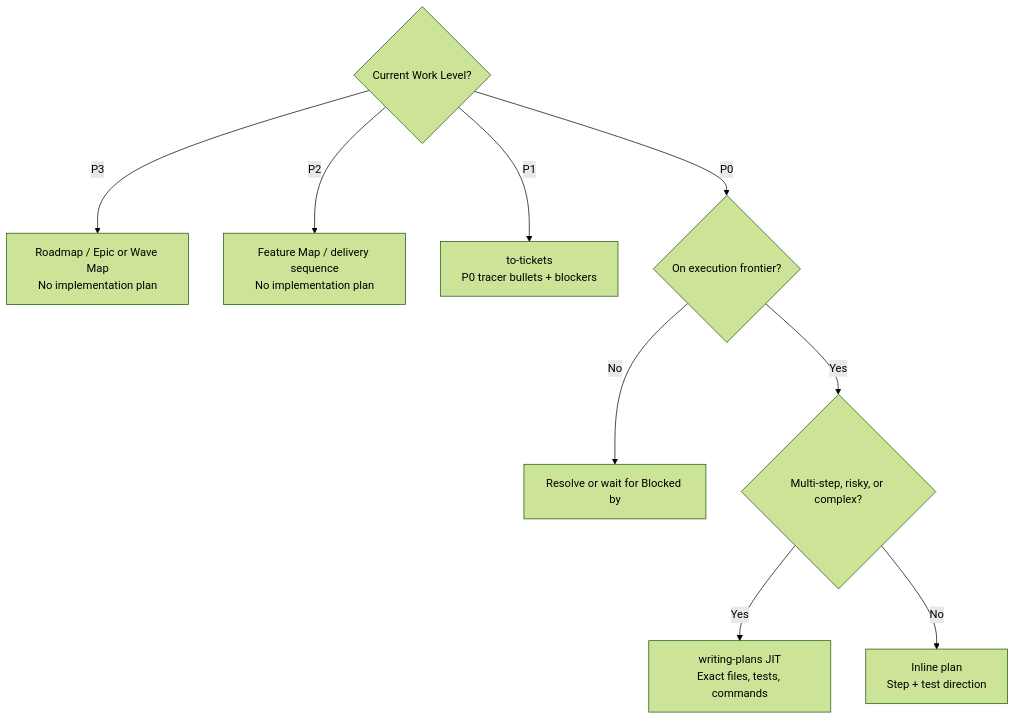
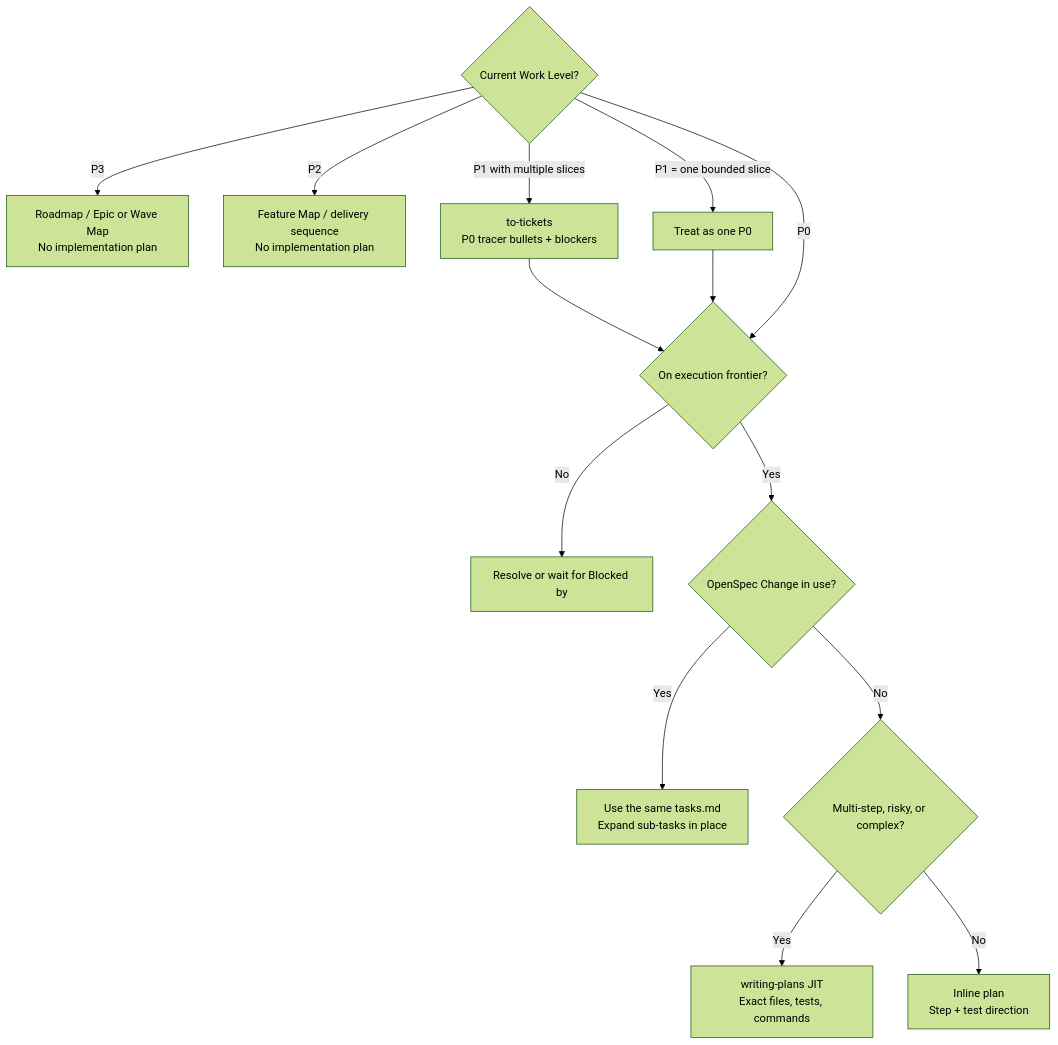
One commit to yschiang/ai_engineering changed the third of 3 diagrams in guides/05_Decision_Tree.md. Above: the diagram before and after it, drawn with Mermaid (forest theme). The commit also changed other lines of this file and 8 other files, not shown here.

````diff
--- a/guides/05_Decision_Tree.md
+++ b/guides/05_Decision_Tree.md
@@ -283,12 +274,17 @@
 ```mermaid
 flowchart TD
   A{"Current Work Level?"}
   A -->|P3| P3["Roadmap / Epic or Wave Map\nNo implementation plan"]
   A -->|P2| P2["Feature Map / delivery sequence\nNo implementation plan"]
-  A -->|P1| TT["to-tickets\nP0 tracer bullets + blockers"]
+  A -->|P1 with multiple slices| TT["to-tickets\nP0 tracer bullets + blockers"]
+  TT --> F
+  A -->|P1 = one bounded slice| P0B["Treat as one P0"]
+  P0B --> F
   A -->|P0| F{"On execution frontier?"}
   F -->|No| B["Resolve or wait for Blocked by"]
-  F -->|Yes| J{"Multi-step, risky, or complex?"}
+  F -->|Yes| O{"OpenSpec Change in use?"}
+  O -->|Yes| T["Use the same tasks.md\nExpand sub-tasks in place"]
+  O -->|No| J{"Multi-step, risky, or complex?"}
   J -->|Yes| WP["writing-plans JIT\nExact files, tests, commands"]
   J -->|No| IP["Inline plan\nStep + test direction"]
 ```
````
